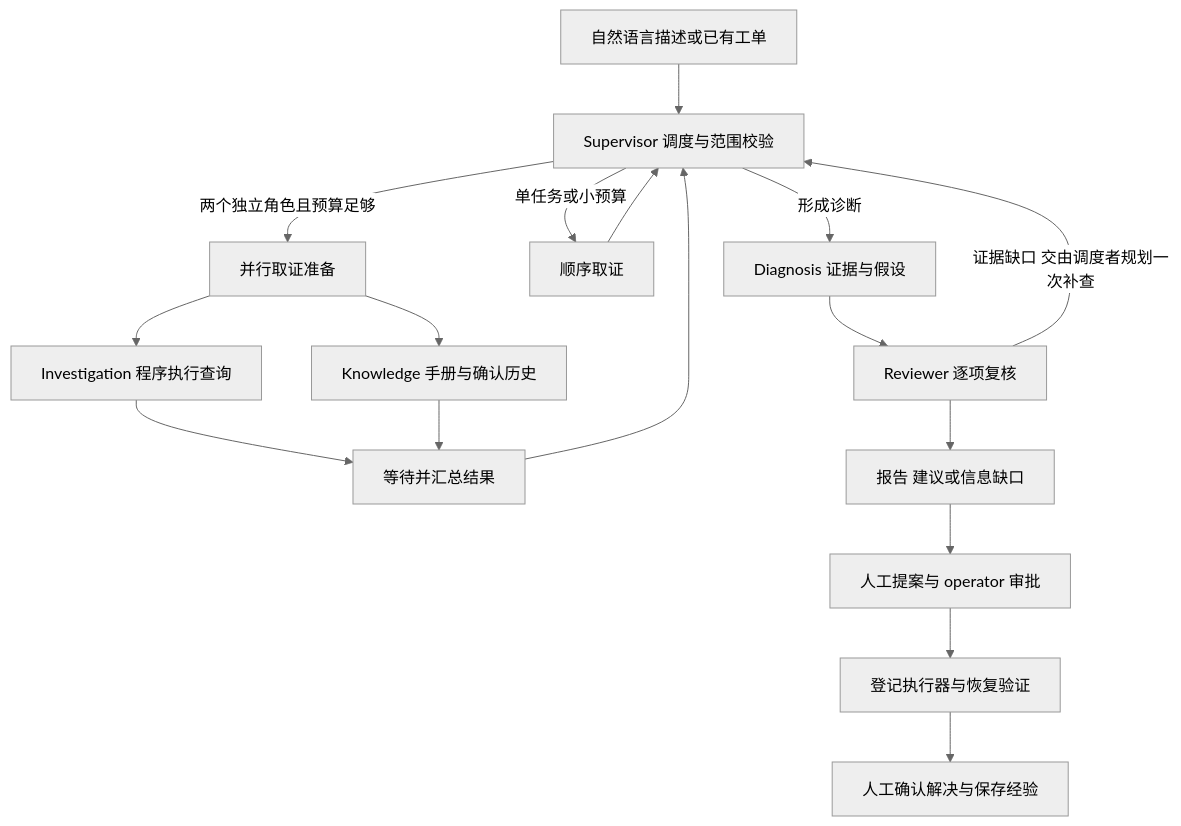
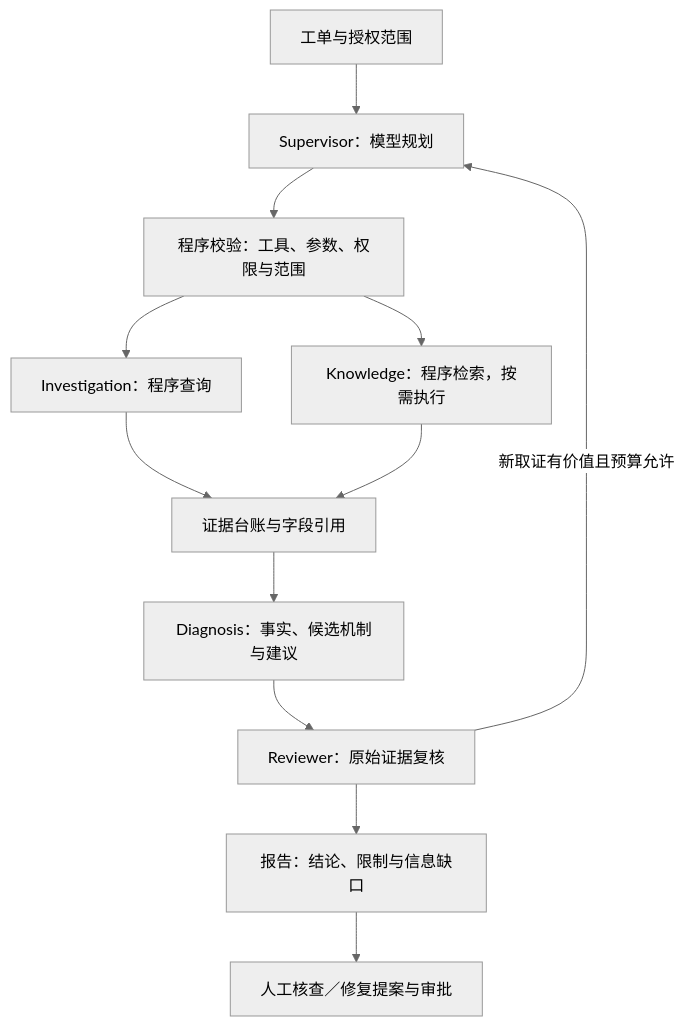
One commit to Heresy0/IT_Incident_Agent changed the diagram in README.md. Above: the diagram before and after it, drawn with Mermaid (neutral theme). The commit also changed other lines of this file, not shown here.

Commit message:
docs: focus homepage on consolidated AI agent architecture and demos

````diff
--- a/README.md
+++ b/README.md
@@ -54,19 +13,14 @@
 ```mermaid
 flowchart TD
-    U[自然语言描述或已有工单] --> S[Supervisor 调度与范围校验]
-    S -->|两个独立角色且预算足够| P[并行取证准备]
-    P --> I[Investigation 程序执行查询]
-    P --> K[Knowledge 手册与确认历史]
-    I --> J[等待并汇总结果]
-    K --> J
-    J --> S
-    S -->|单任务或小预算| T[顺序取证]
-    T --> S
-    S -->|形成诊断| D[Diagnosis 证据与假设]
-    D --> R[Reviewer 逐项复核]
-    R -->|证据缺口 交由调度者规划一次补查| S
-    R --> F[报告 建议或信息缺口]
-    F --> A[人工提案与 operator 审批]
-    A --> E[登记执行器与恢复验证]
-    E --> H[人工确认解决与保存经验]
+    T["工单与授权范围"] --> S["Supervisor：模型规划"]
+    S --> V["程序校验：工具、参数、权限与范围"]
+    V --> I["Investigation：程序查询"]
+    V --> K["Knowledge：程序检索，按需执行"]
+    I --> E["证据台账与字段引用"]
+    K --> E
+    E --> D["Diagnosis：事实、候选机制与建议"]
+    D --> R["Reviewer：原始证据复核"]
+    R -->|新取证有价值且预算允许| S
+    R --> O["报告：结论、限制与信息缺口"]
+    O --> H["人工核查／修复提案与审批"]
 ```
````
